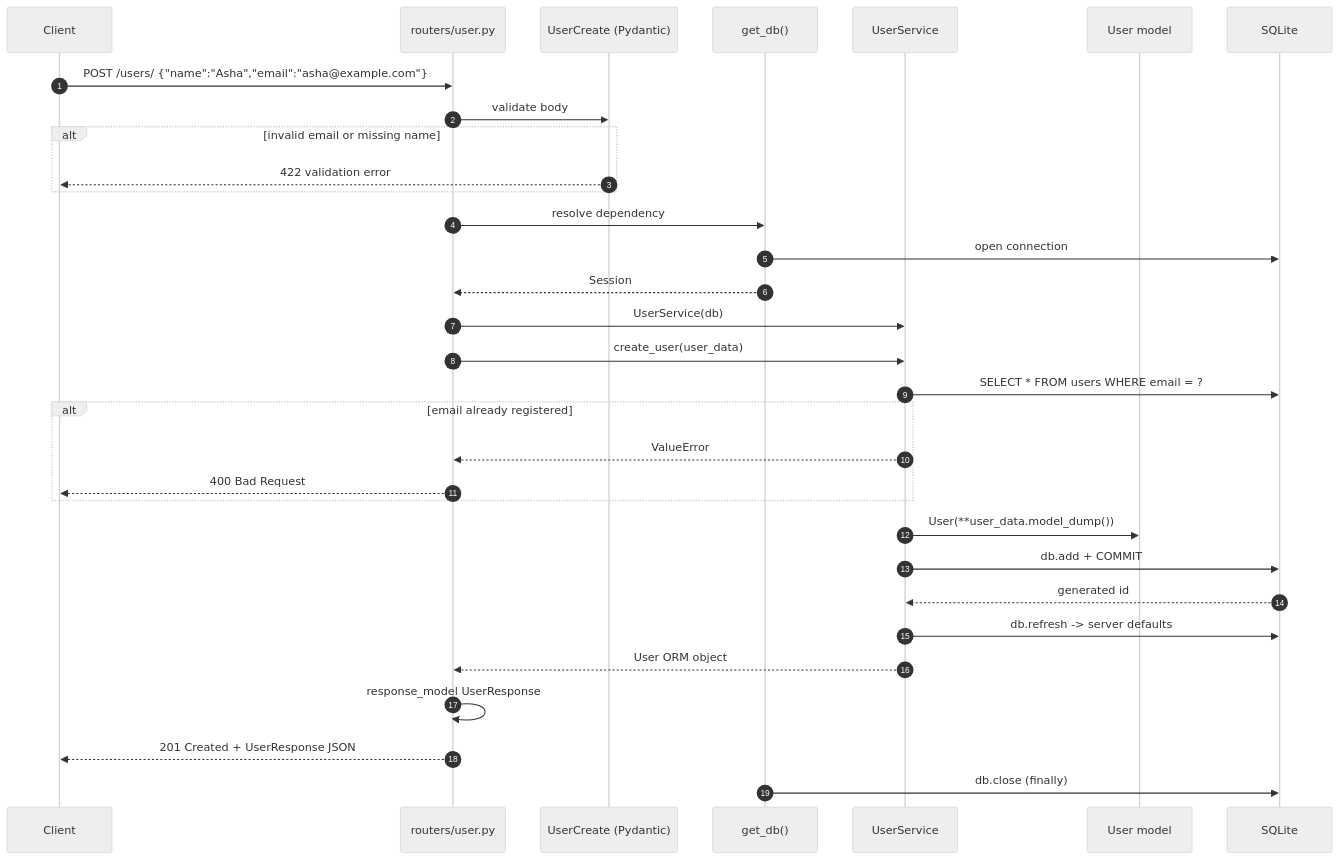
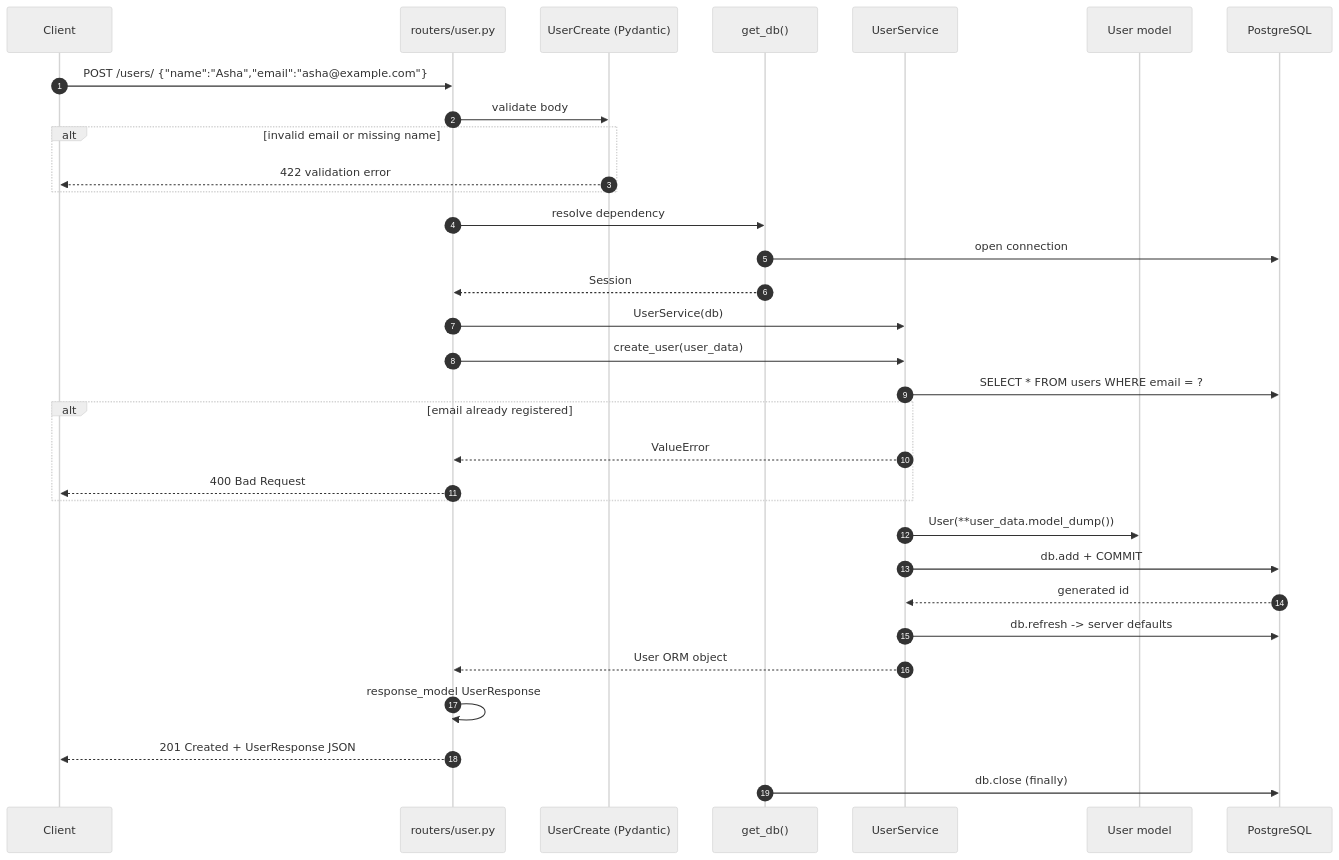
Before and after one commit to abhijeetBhale/FastAPI: the third of 8 diagrams in awesome-project/README.md, drawn with Mermaid (neutral theme). The commit also changed other lines of this file and 26 other files, not shown here.

Commit message:
Introduction of PostgreSQL in the application

````diff
--- a/awesome-project/README.md
+++ b/awesome-project/README.md
@@ -241,35 +256,35 @@
 ```mermaid
 sequenceDiagram
     autonumber
     participant C as Client
     participant R as routers/user.py
     participant S as UserCreate (Pydantic)
     participant D as get_db()
     participant US as UserService
     participant M as User model
-    participant DB as SQLite
+    participant DB as PostgreSQL
 
     C->>R: POST /users/ {"name":"Asha","email":"asha@example.com"}
     R->>S: validate body
     alt invalid email or missing name
         S-->>C: 422 validation error
     end
     R->>D: resolve dependency
     D->>DB: open connection
     D-->>R: Session
     R->>US: UserService(db)
     R->>US: create_user(user_data)
     US->>DB: SELECT * FROM users WHERE email = ?
     alt email already registered
         US-->>R: ValueError
         R-->>C: 400 Bad Request
     end
     US->>M: User(**user_data.model_dump())
     US->>DB: db.add + COMMIT
     DB-->>US: generated id
     US->>DB: db.refresh -> server defaults
     US-->>R: User ORM object
     R->>R: response_model UserResponse
     R-->>C: 201 Created + UserResponse JSON
     D->>DB: db.close (finally)
 ```
````
